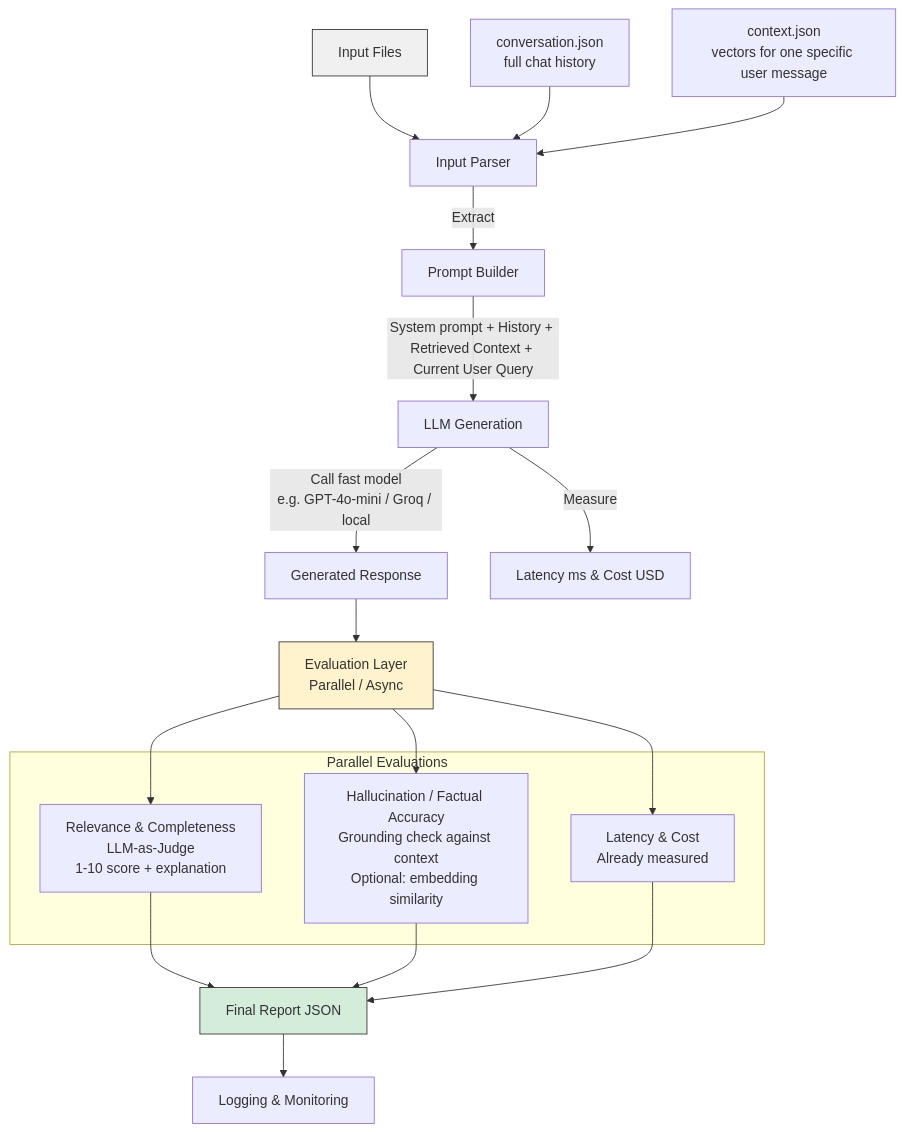
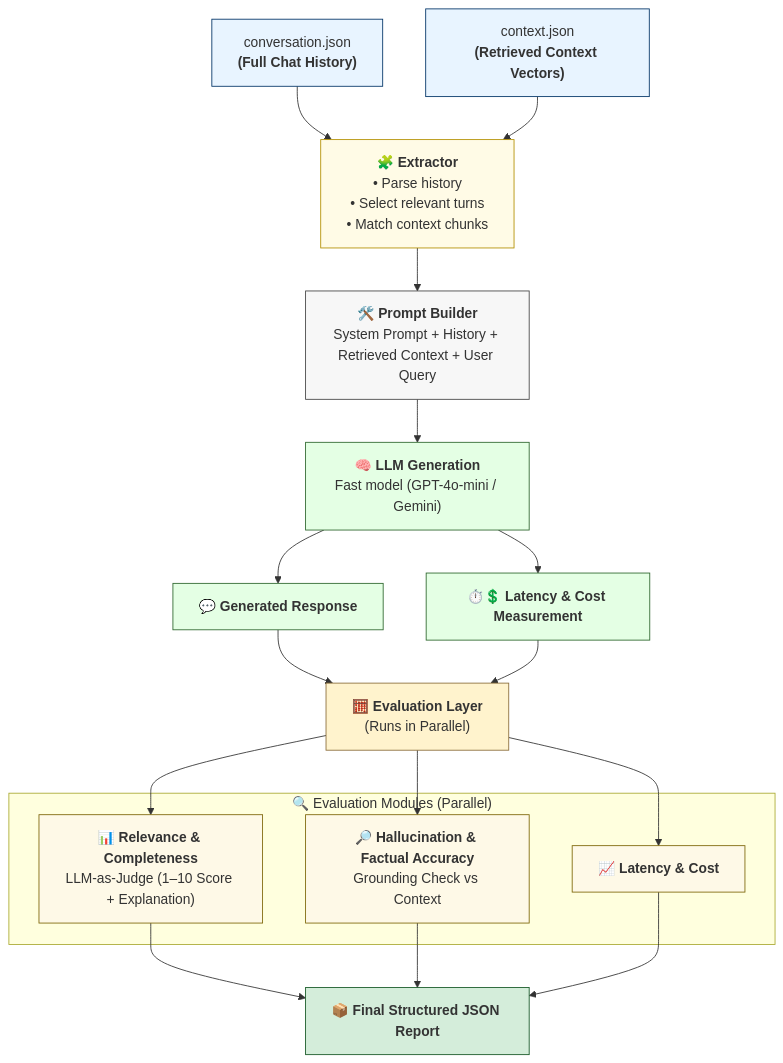
The diagram in README.md (saikiranpulagalla/EvalFlow), drawn with Mermaid before and after one commit. The commit also changed other lines of this file, not shown here.

````diff
--- a/README.md
+++ b/README.md
@@ -53,22 +53,71 @@
 ```mermaid
 flowchart TD
-    A[Input Files] --> B[Input Parser]
-    A1[conversation.json<br/>full chat history] --> B
-    A2[context.json<br/>vectors for one specific user message] --> B
-    B -->|Extract| C[Prompt Builder]
-    C -->|System prompt + History + Retrieved Context + Current User Query| D[LLM Generation]
-    D -->|Call fast model<br/>e.g. GPT-4o-mini / Groq / local| E[Generated Response]
-    D -->|Measure| F[Latency ms & Cost USD]
-    E --> G[Evaluation Layer<br/>Parallel / Async]
-    subgraph "Parallel Evaluations"
-        G1[Relevance & Completeness<br/>LLM-as-Judge<br/>1-10 score + explanation]
-        G2[Hallucination / Factual Accuracy<br/>Grounding check against context<br/>Optional: embedding similarity]
-        G3[Latency & Cost<br/>Already measured]
-    end
-    G --> G1 & G2 & G3
-    G1 & G2 & G3 --> H[Final Report JSON]
-    H --> I[Logging & Monitoring]
-    style A fill:#f0f0f0,stroke:#333
-    style H fill:#d4edda,stroke:#333
-    style G fill:#fff3cd,stroke:#333
+
+%% ---------- INPUTS ----------
+A1["conversation.json<br/><b>(Full Chat History)</b>"]
+A2["context.json<br/><b>(Retrieved Context Vectors)</b>"]
+
+A1 --> B
+A2 --> B
+
+%% ---------- EXTRACTION ----------
+B["🧩 <b>Extractor</b><br/>• Parse history<br/>• Select relevant turns<br/>• Match context chunks"]
+
+B --> C
+
+%% ---------- PROMPT BUILDING ----------
+C["🛠️ <b>Prompt Builder</b><br/>System Prompt + History + Retrieved Context + User Query"]
+
+C --> D
+
+%% ---------- LLM GENERATION ----------
+D["🧠 <b>LLM Generation</b><br/>Fast model (GPT-4o-mini / Gemini)"]
+
+D --> E
+D --> F
+
+%% ---------- OUTPUT ----------
+E["💬 <b>Generated Response</b>"]
+
+%% ---------- METRICS ----------
+F["⏱️💲 <b>Latency & Cost Measurement</b>"]
+
+%% ---------- EVALUATION LAYER ----------
+E --> G
+F --> G
+
+G["🧮 <b>Evaluation Layer</b><br/>(Runs in Parallel)"]
+
+subgraph "🔍 Evaluation Modules (Parallel)"
+    G1["📊 <b>Relevance & Completeness</b><br/>LLM-as-Judge (1–10 Score + Explanation)"]
+    G2["🔎 <b>Hallucination & Factual Accuracy</b><br/>Grounding Check vs Context"]
+    G3["📈 <b>Latency & Cost</b>"]
+end
+
+G --> G1
+G --> G2
+G --> G3
+
+G1 --> H
+G2 --> H
+G3 --> H
+
+%% ---------- FINAL REPORT ----------
+H["📦 <b>Final Structured JSON Report</b>"]
+
+
+%% ---------- STYLES ----------
+style A1 fill:#e8f4ff,stroke:#036
+style A2 fill:#e8f4ff,stroke:#036
+style B fill:#fffbe6,stroke:#b38f00
+style C fill:#f7f7f7,stroke:#444
+style D fill:#e4ffe4,stroke:#2d662d
+style E fill:#e4ffe4,stroke:#2d662d
+style F fill:#e4ffe4,stroke:#2d662d
+style G fill:#fff3cd,stroke:#8a6d3b
+style G1 fill:#fef9e7,stroke:#7d6608
+style G2 fill:#fef9e7,stroke:#7d6608
+style G3 fill:#fef9e7,stroke:#7d6608
+style H fill:#d4edda,stroke:#155724
+
 ```
````
